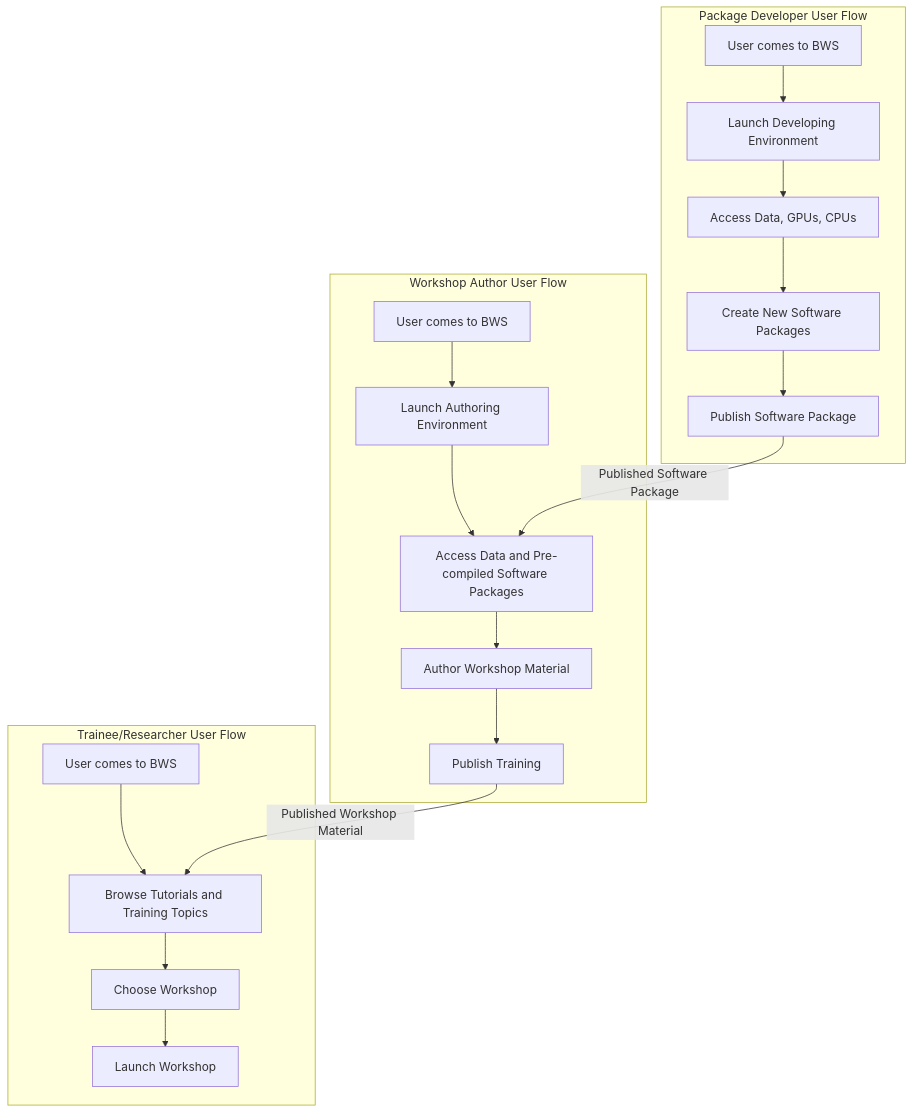
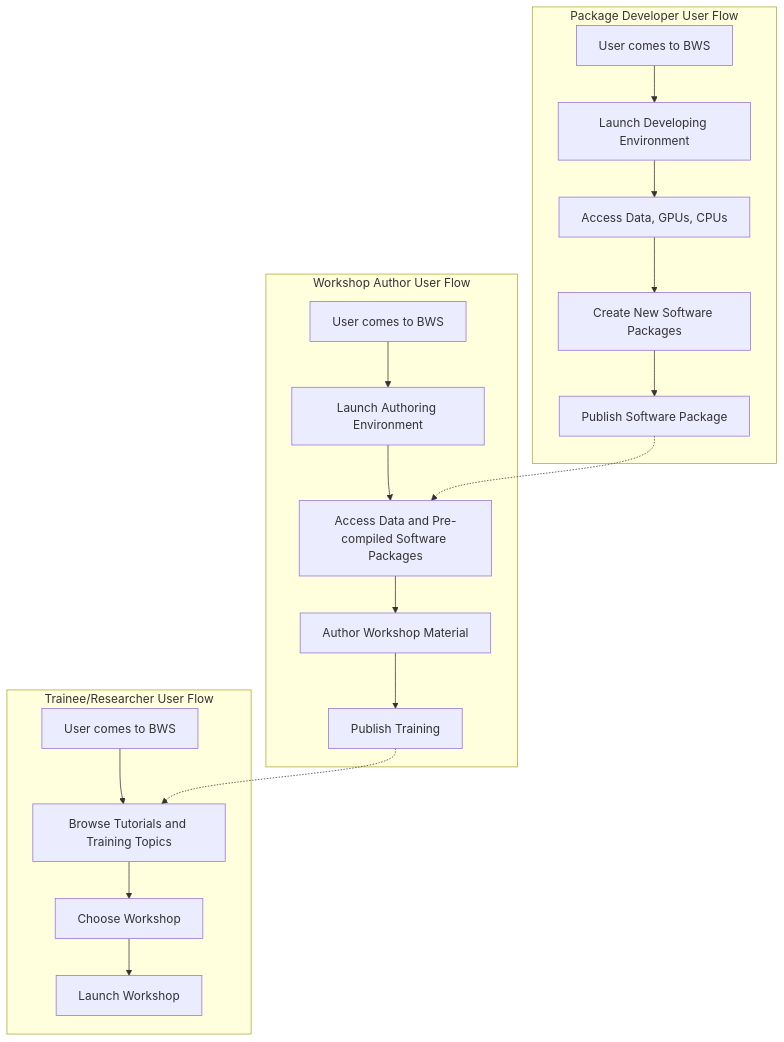
One commit to almahmoud/czi-bws-flow changed the diagram in README.md. Above: the diagram before and after it, drawn with Mermaid.

````diff
--- a/README.md
+++ b/README.md
@@ -1,36 +1,37 @@
 ```mermaid
 graph TB
+  linkStyle default interpolate basis
   subgraph "Trainee/Researcher User Flow"
     A1[User comes to BWS]
     A2[Browse Tutorials and Training Topics]
     A3[Choose Workshop]
     A4[Launch Workshop]
     A1-->A2
     A2-->A3
     A3-->A4
   end
   subgraph "Workshop Author User Flow"
     B1[User comes to BWS]
     B2[Launch Authoring Environment]
     B3[Access Data and Pre-compiled Software Packages]
     B4[Author Workshop Material]
     B5[Publish Training]
     B1-->B2
     B2-->B3
     B3-->B4
     B4-->B5
   end
   subgraph "Package Developer User Flow"
     C1[User comes to BWS]
     C2[Launch Developing Environment]
     C3[Access Data, GPUs, CPUs]
     C4[Create New Software Packages]
     C5[Publish Software Package]
     C1-->C2
     C2-->C3
     C3-->C4
     C4-->C5
   end
-  B5-->|Published Workshop Material|A2
-  C5-->|Published Software Package|B3
+  B5-.->A2
+  C5-.->B3
   ```
````
